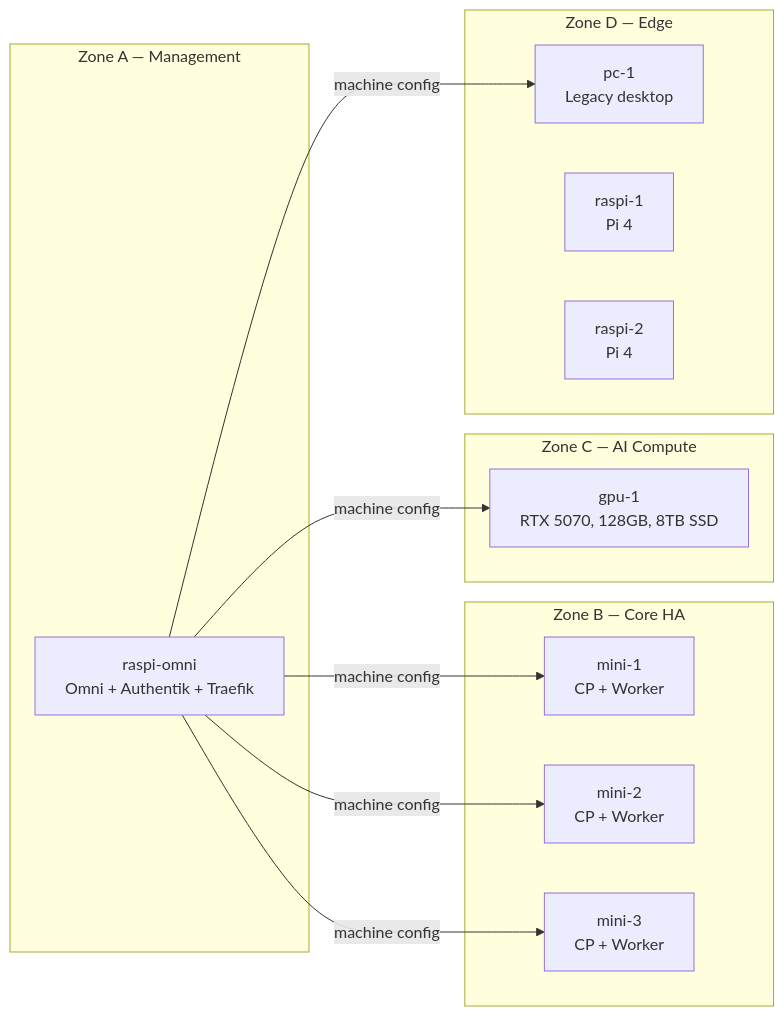
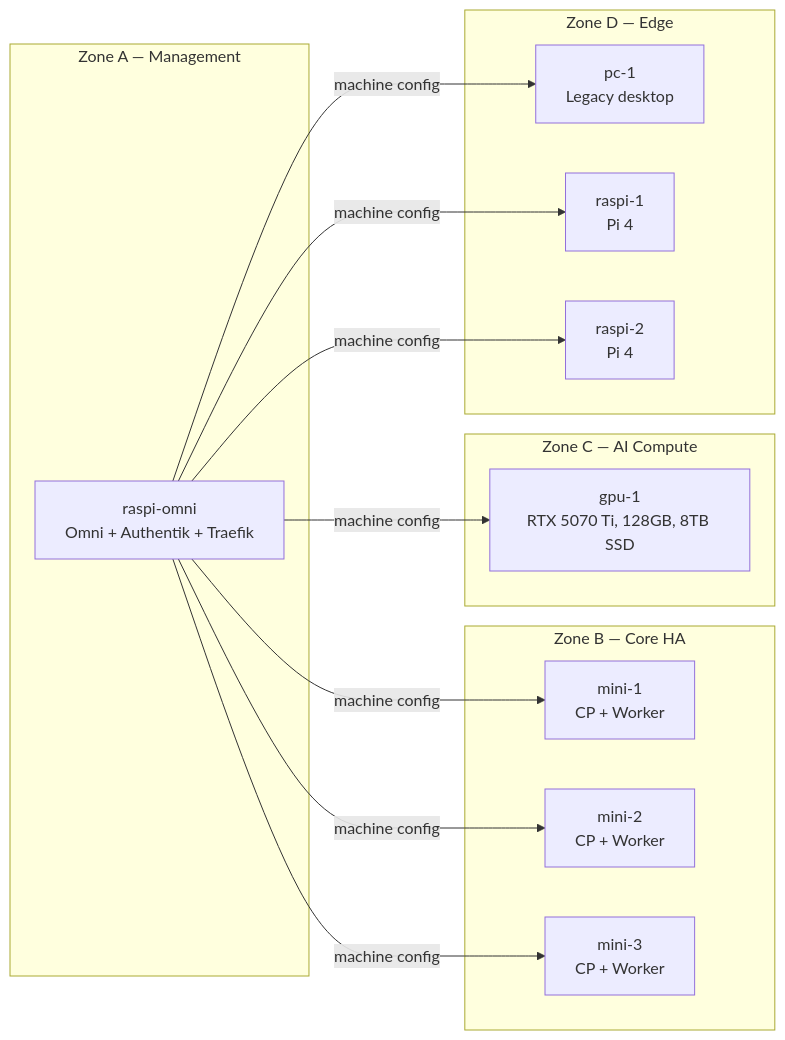
One commit to derio-net/frank changed the diagram in blog/content/docs/building/01-introduction/index.md. Above: the diagram before and after it, drawn with Mermaid. The commit also changed other lines of this file and 52 other files, not shown here.

````diff
--- a/blog/content/docs/building/01-introduction/index.md
+++ b/blog/content/docs/building/01-introduction/index.md
@@ -25,25 +25,27 @@
 ```mermaid
 flowchart LR
   subgraph M[Zone A — Management]
     omni[raspi-omni<br/>Omni + Authentik + Traefik]
   end
   subgraph C[Zone B — Core HA]
     n1[mini-1<br/>CP + Worker]
     n2[mini-2<br/>CP + Worker]
     n3[mini-3<br/>CP + Worker]
   end
   subgraph G[Zone C — AI Compute]
-    gpu[gpu-1<br/>RTX 5070, 128GB, 8TB SSD]
+    gpu[gpu-1<br/>RTX 5070 Ti, 128GB, 8TB SSD]
   end
   subgraph E[Zone D — Edge]
     pc[pc-1<br/>Legacy desktop]
     r1[raspi-1<br/>Pi 4]
     r2[raspi-2<br/>Pi 4]
   end
 
   omni -->|machine config| n1
   omni -->|machine config| n2
   omni -->|machine config| n3
   omni -->|machine config| gpu
   omni -->|machine config| pc
+  omni -->|machine config| r1
+  omni -->|machine config| r2
 ```
````
